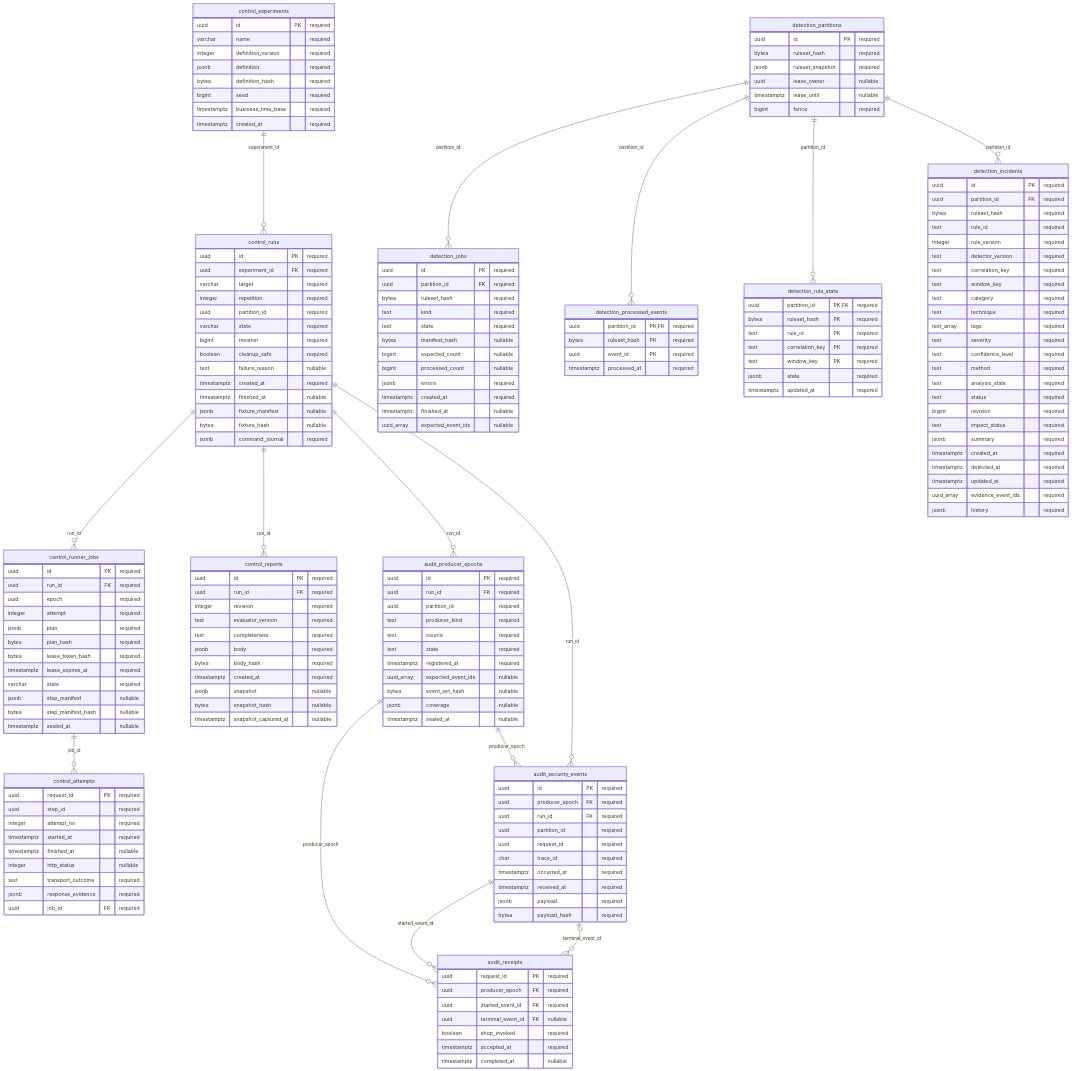
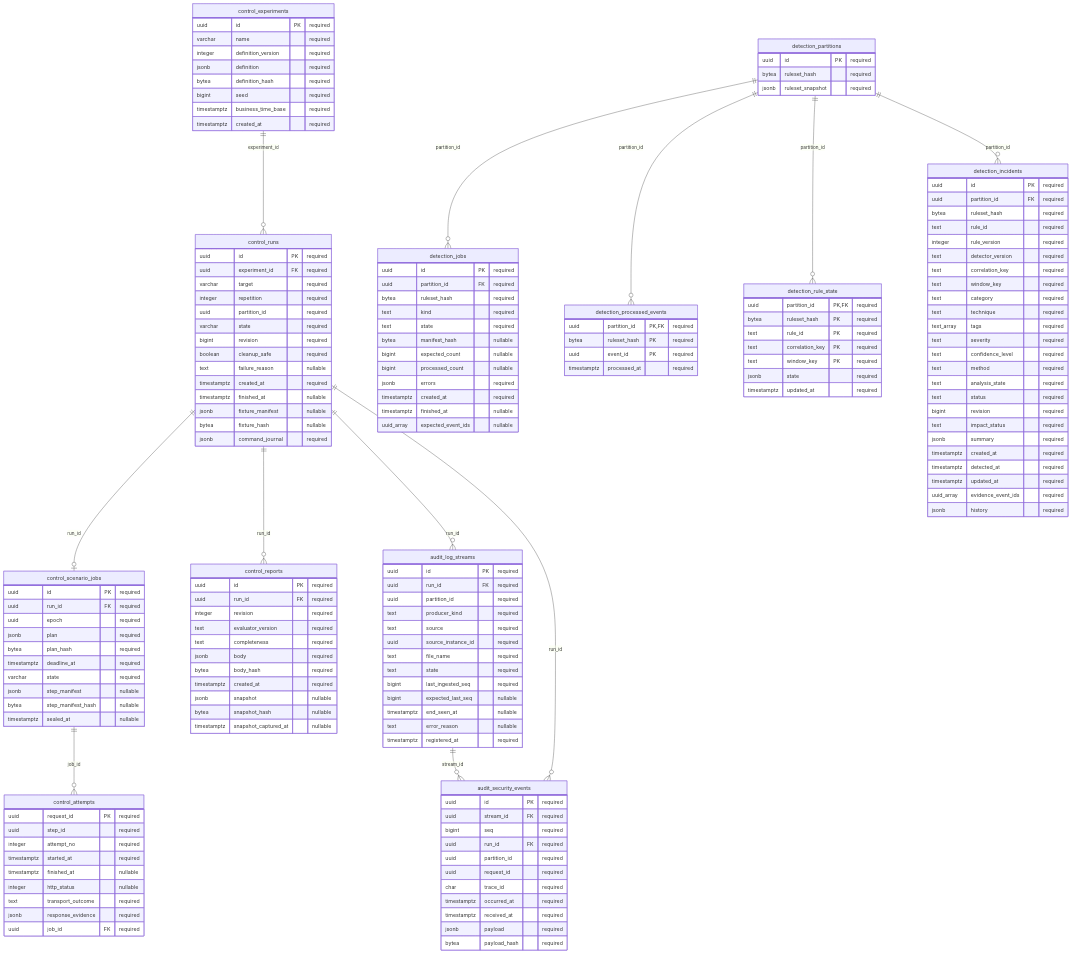
One commit to Valentin92257/api-security-lab changed the diagram in docs/data/lab.mmd. Above: the diagram before and after it, drawn with Mermaid. The commit also changed 19 other files, not shown here.

Commit message:
feat: remove outbox and scenario runner

```diff
--- a/docs/data/lab.mmd
+++ b/docs/data/lab.mmd
@@ -1,177 +1,163 @@
 erDiagram
-    %% Logical event references are documented separately.
+    %% Generated. Logical event references are documented separately.
     control_experiments {
         uuid id PK "required"
         varchar name "required"
         integer definition_version "required"
         jsonb definition "required"
         bytea definition_hash "required"
         bigint seed "required"
         timestamptz business_time_base "required"
         timestamptz created_at "required"
     }
     control_runs {
         uuid id PK "required"
         uuid experiment_id FK "required"
         varchar target "required"
         integer repetition "required"
         uuid partition_id "required"
         varchar state "required"
         bigint revision "required"
         boolean cleanup_safe "required"
         text failure_reason "nullable"
         timestamptz created_at "required"
         timestamptz finished_at "nullable"
         jsonb fixture_manifest "nullable"
         bytea fixture_hash "nullable"
         jsonb command_journal "required"
     }
-    control_runner_jobs {
+    control_scenario_jobs {
         uuid id PK "required"
         uuid run_id FK "required"
         uuid epoch "required"
-        integer attempt "required"
         jsonb plan "required"
         bytea plan_hash "required"
-        bytea lease_token_hash "required"
-        timestamptz lease_expires_at "required"
+        timestamptz deadline_at "required"
         varchar state "required"
         jsonb step_manifest "nullable"
         bytea step_manifest_hash "nullable"
         timestamptz sealed_at "nullable"
     }
     control_attempts {
         uuid request_id PK "required"
         uuid step_id "required"
         integer attempt_no "required"
         timestamptz started_at "required"
         timestamptz finished_at "nullable"
         integer http_status "nullable"
         text transport_outcome "required"
         jsonb response_evidence "required"
         uuid job_id FK "required"
     }
     control_reports {
         uuid id PK "required"
         uuid run_id FK "required"
         integer revision "required"
         text evaluator_version "required"
         text completeness "required"
         jsonb body "required"
         bytea body_hash "required"
         timestamptz created_at "required"
         jsonb snapshot "nullable"
         bytea snapshot_hash "nullable"
         timestamptz snapshot_captured_at "nullable"
     }
-    audit_producer_epochs {
+    audit_log_streams {
         uuid id PK "required"
         uuid run_id FK "required"
         uuid partition_id "required"
         text producer_kind "required"
         text source "required"
+        uuid source_instance_id "required"
+        text file_name "required"
         text state "required"
+        bigint last_ingested_seq "required"
+        bigint expected_last_seq "nullable"
+        timestamptz end_seen_at "nullable"
+        text error_reason "nullable"
         timestamptz registered_at "required"
-        uuid_array expected_event_ids "nullable"
-        bytea event_set_hash "nullable"
-        jsonb coverage "nullable"
-        timestamptz sealed_at "nullable"
     }
     audit_security_events {
         uuid id PK "required"
-        uuid producer_epoch FK "required"
+        uuid stream_id FK "required"
+        bigint seq "required"
         uuid run_id FK "required"
         uuid partition_id "required"
         uuid request_id "required"
         char trace_id "required"
         timestamptz occurred_at "required"
         timestamptz received_at "required"
         jsonb payload "required"
         bytea payload_hash "required"
     }
-    audit_receipts {
-        uuid request_id PK "required"
-        uuid producer_epoch FK "required"
-        uuid started_event_id FK "required"
-        uuid terminal_event_id FK "nullable"
-        boolean shop_invoked "required"
-        timestamptz accepted_at "required"
-        timestamptz completed_at "nullable"
-    }
     detection_partitions {
         uuid id PK "required"
         bytea ruleset_hash "required"
         jsonb ruleset_snapshot "required"
-        uuid lease_owner "nullable"
-        timestamptz lease_until "nullable"
-        bigint fence "required"
     }
     detection_jobs {
         uuid id PK "required"
         uuid partition_id FK "required"
         bytea ruleset_hash "required"
         text kind "required"
         text state "required"
         bytea manifest_hash "nullable"
         bigint expected_count "nullable"
         bigint processed_count "nullable"
         jsonb errors "required"
         timestamptz created_at "required"
         timestamptz finished_at "nullable"
         uuid_array expected_event_ids "nullable"
     }
     detection_processed_events {
         uuid partition_id PK,FK "required"
         bytea ruleset_hash PK "required"
         uuid event_id PK "required"
         timestamptz processed_at "required"
     }
     detection_rule_state {
         uuid partition_id PK,FK "required"
         bytea ruleset_hash PK "required"
         text rule_id PK "required"
         text correlation_key PK "required"
         text window_key PK "required"
         jsonb state "required"
         timestamptz updated_at "required"
     }
     detection_incidents {
         uuid id PK "required"
         uuid partition_id FK "required"
         bytea ruleset_hash "required"
         text rule_id "required"
         integer rule_version "required"
         text detector_version "required"
         text correlation_key "required"
         text window_key "required"
         text category "required"
         text technique "required"
         text_array tags "required"
         text severity "required"
         text confidence_level "required"
         text method "required"
         text analysis_state "required"
         text status "required"
         bigint revision "required"
         text impact_status "required"
         jsonb summary "required"
         timestamptz created_at "required"
         timestamptz detected_at "required"
         timestamptz updated_at "required"
         uuid_array evidence_event_ids "required"
         jsonb history "required"
     }
     control_experiments ||--o{ control_runs : "experiment_id"
-    control_runs ||--o{ control_runner_jobs : "run_id"
-    control_runner_jobs ||--o{ control_attempts : "job_id"
+    control_runs ||--o| control_scenario_jobs : "run_id"
+    control_scenario_jobs ||--o{ control_attempts : "job_id"
     control_runs ||--o{ control_reports : "run_id"
-    control_runs ||--o{ audit_producer_epochs : "run_id"
-    audit_producer_epochs ||--o{ audit_security_events : "producer_epoch"
+    control_runs ||--o{ audit_log_streams : "run_id"
+    audit_log_streams ||--o{ audit_security_events : "stream_id"
     control_runs ||--o{ audit_security_events : "run_id"
-    audit_producer_epochs ||--o{ audit_receipts : "producer_epoch"
-    audit_security_events ||--o{ audit_receipts : "started_event_id"
-    audit_security_events |o--o{ audit_receipts : "terminal_event_id"
     detection_partitions ||--o{ detection_jobs : "partition_id"
     detection_partitions ||--o{ detection_processed_events : "partition_id"
     detection_partitions ||--o{ detection_rule_state : "partition_id"
     detection_partitions ||--o{ detection_incidents : "partition_id"
```
